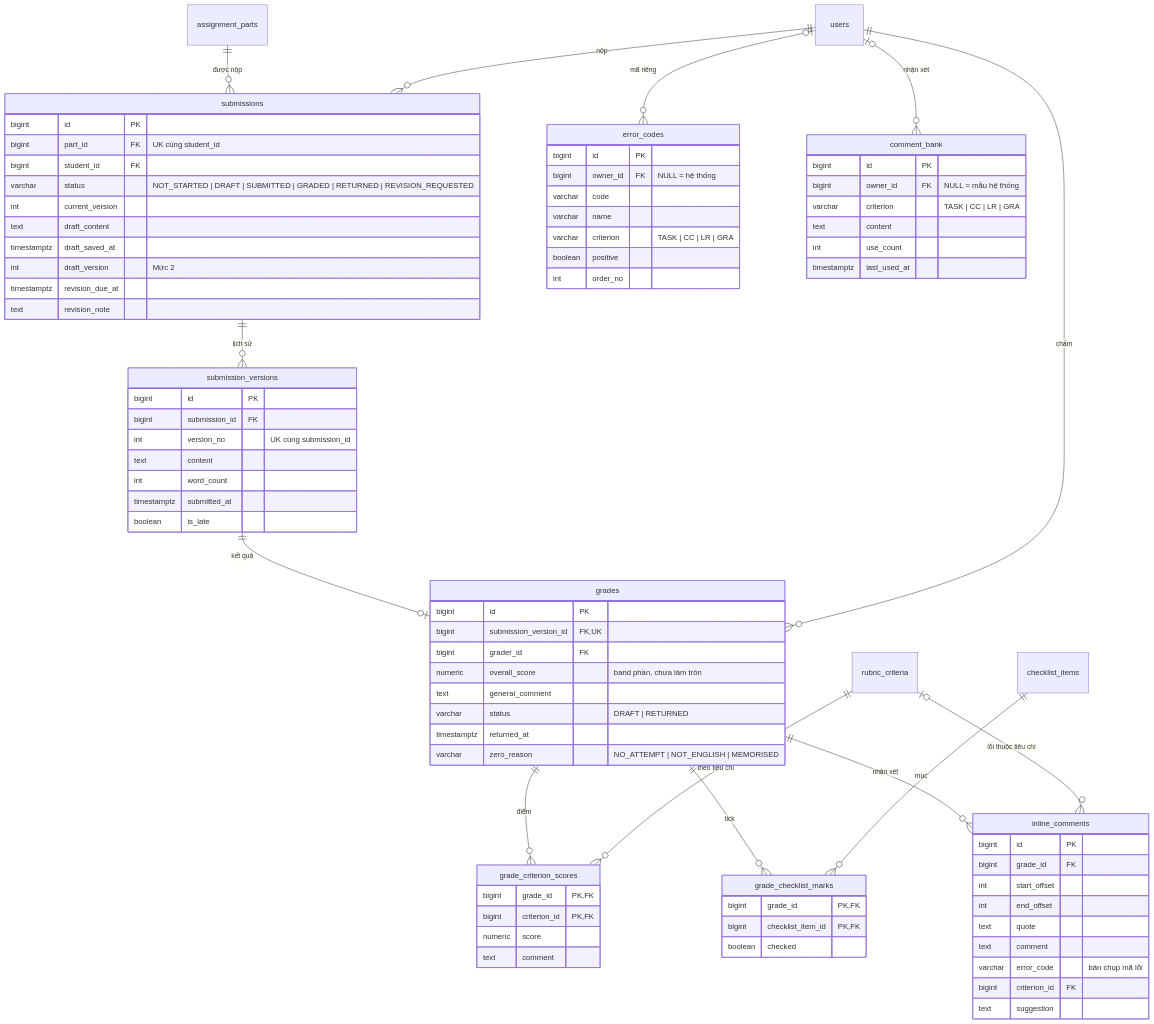
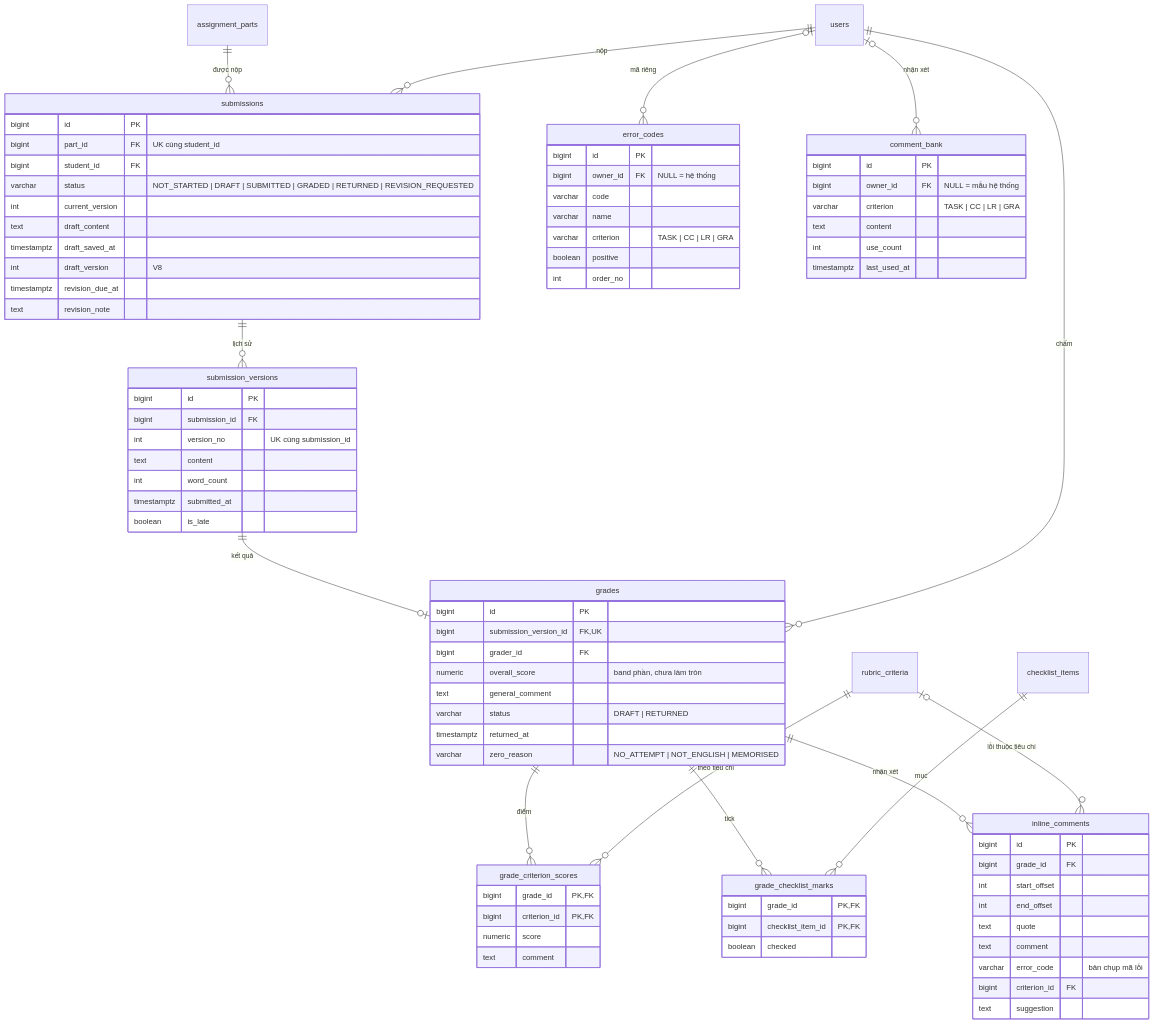
Before and after one commit to duckkthoi/ielts-system: the third of 5 diagrams in docs/04-erd.md, drawn with Mermaid. The commit also changed other lines of this file and 155 other files, not shown here.

```diff
--- a/docs/04-erd.md
+++ b/docs/04-erd.md
@@ -193,7 +195,7 @@
         int current_version
         text draft_content
         timestamptz draft_saved_at
-        int draft_version "Mức 2"
+        int draft_version "V8"
         timestamptz revision_due_at
         text revision_note
     }
```
